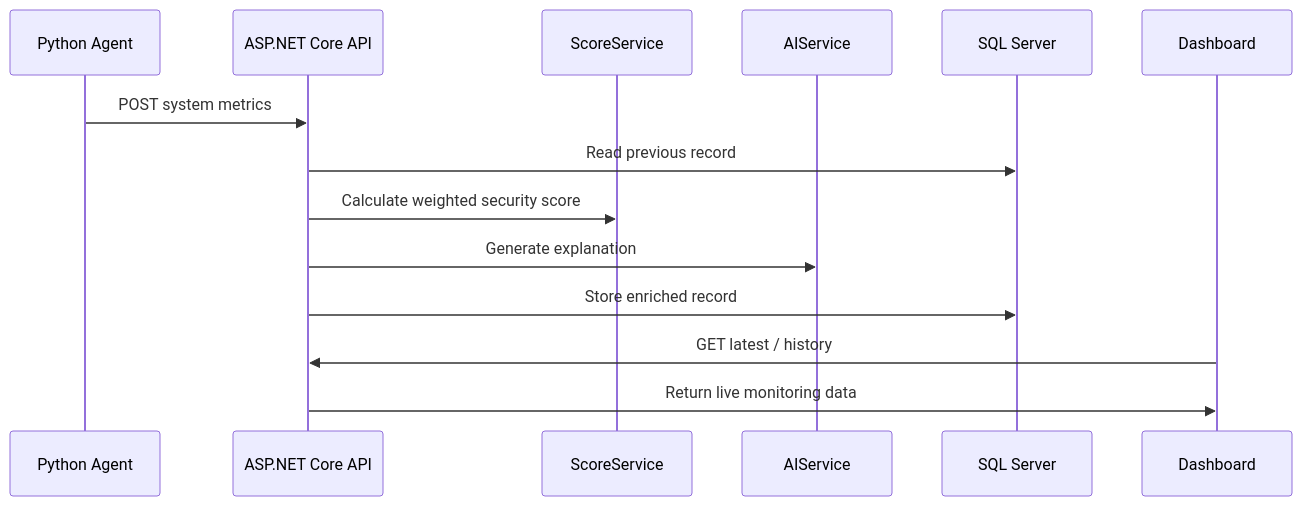
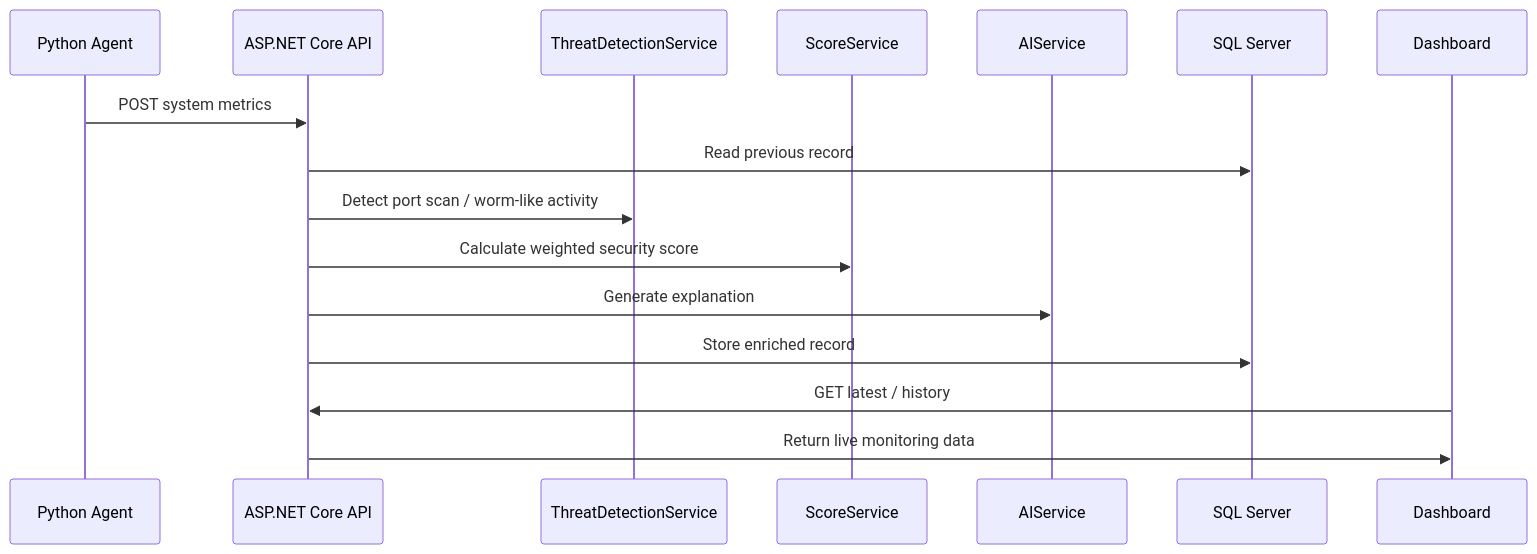
Before and after one commit to AFurkanOcel/SysScore: the second of 2 diagrams in README.md, drawn with Mermaid. The commit also changed other lines of this file and 16 other files, not shown here.

Commit message:
Add network threat detection dashboard

````diff
--- a/README.md
+++ b/README.md
@@ -207,17 +242,19 @@
 ```mermaid
 sequenceDiagram
     participant Agent as Python Agent
     participant API as ASP.NET Core API
+    participant Threat as ThreatDetectionService
     participant Score as ScoreService
     participant AI as AIService
     participant DB as SQL Server
     participant UI as Dashboard
 
     Agent->>API: POST system metrics
     API->>DB: Read previous record
+    API->>Threat: Detect port scan / worm-like activity
     API->>Score: Calculate weighted security score
     API->>AI: Generate explanation
     API->>DB: Store enriched record
     UI->>API: GET latest / history
     API->>UI: Return live monitoring data
 ```
````
